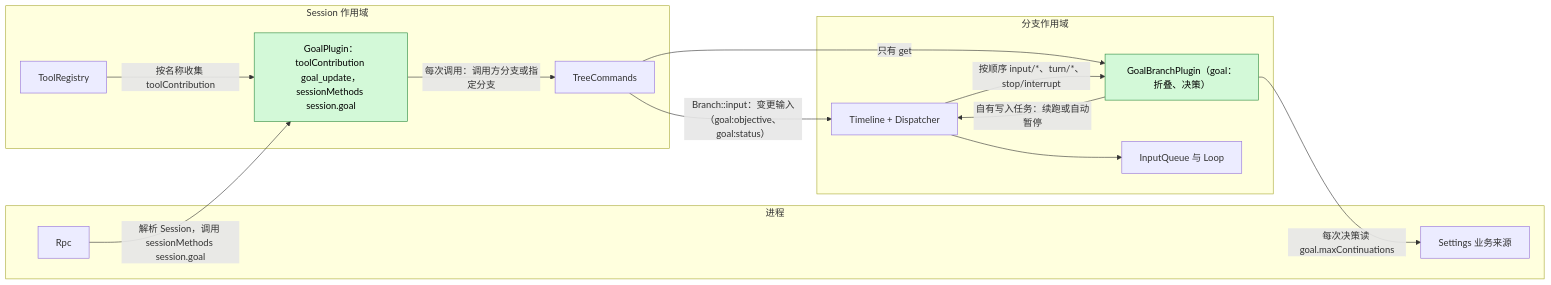
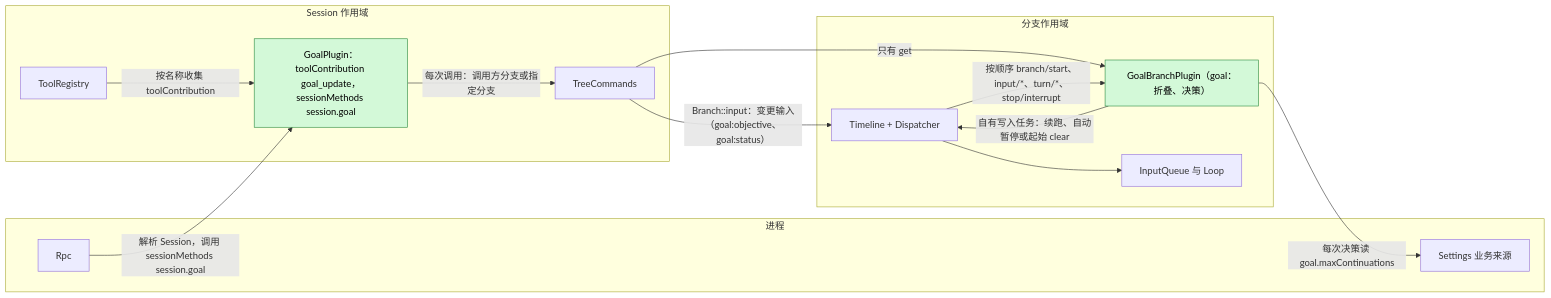
Before and after one commit to CoutinhoTTS/dim-agent: the first of 7 diagrams in docs/zh/design/plugins/Goal.md, drawn with Mermaid. The commit also changed other lines of this file and 3 other files, not shown here.

````diff
--- a/docs/zh/design/plugins/Goal.md
+++ b/docs/zh/design/plugins/Goal.md
@@ -11,27 +11,27 @@
 ```mermaid
 flowchart LR
   subgraph PROC["进程"]
     Rpc["Rpc"]
     Settings["Settings 业务来源"]
   end
   subgraph SESS["Session 作用域"]
     GS["GoalPlugin：toolContribution goal_update，sessionMethods session.goal"]:::new
     TR["ToolRegistry"]
     TC["TreeCommands"]
   end
   subgraph BR["分支作用域"]
     GB["GoalBranchPlugin（goal：折叠、决策）"]:::new
     TL["Timeline + Dispatcher"]
     IQ["InputQueue 与 Loop"]
   end
   TR -- "按名称收集 toolContribution" --> GS
   Rpc -- "解析 Session，调用 sessionMethods session.goal" --> GS
   GS -- "每次调用：调用方分支或指定分支" --> TC
   TC -- "Branch::input：变更输入（goal:objective、goal:status）" --> TL
   TC -- "只有 get" --> GB
-  TL -- "按顺序 input/*、turn/*、stop/interrupt" --> GB
-  GB -- "自有写入任务：续跑或自动暂停" --> TL
+  TL -- "按顺序 branch/start、input/*、turn/*、stop/interrupt" --> GB
+  GB -- "自有写入任务：续跑、自动暂停或起始 clear" --> TL
   GB -- "每次决策读 goal.maxContinuations" --> Settings
   TL --> IQ
   classDef new fill:#d3f9d8,stroke:#2b8a3e,color:#000
 ```
````
